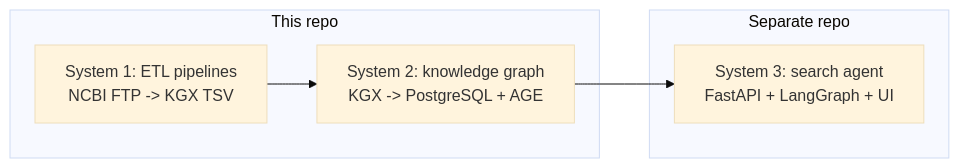
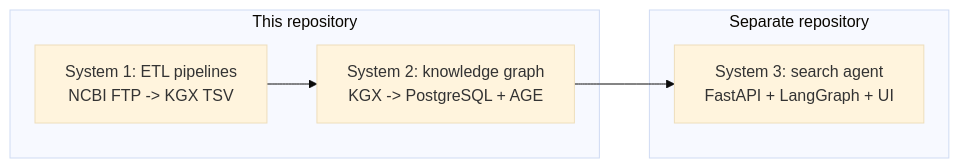
Before and after one commit to monideep2255/agentic-search-data-engineering: the diagram in docs/Project_overview_A_to_Z.md, drawn with Mermaid (base theme). The commit also changed other lines of this file and 21 other files, not shown here.

First line of the commit message:
docs: say repository, never repo

````diff
--- a/docs/Project_overview_A_to_Z.md
+++ b/docs/Project_overview_A_to_Z.md
@@ -29,12 +29,12 @@
 ```mermaid
 flowchart LR
-    subgraph thisrepo[This repo]
+    subgraph thisrepo[This repository]
         S1[System 1: ETL pipelines<br/>NCBI FTP -> KGX TSV]
         S2[System 2: knowledge graph<br/>KGX -> PostgreSQL + AGE]
         S1 --> S2
     end
-    subgraph otherrepo[Separate repo]
+    subgraph otherrepo[Separate repository]
         S3[System 3: search agent<br/>FastAPI + LangGraph + UI]
     end
     S2 --> S3
 ```
````
